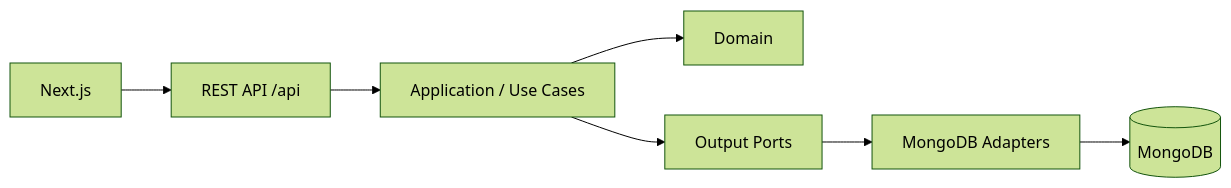
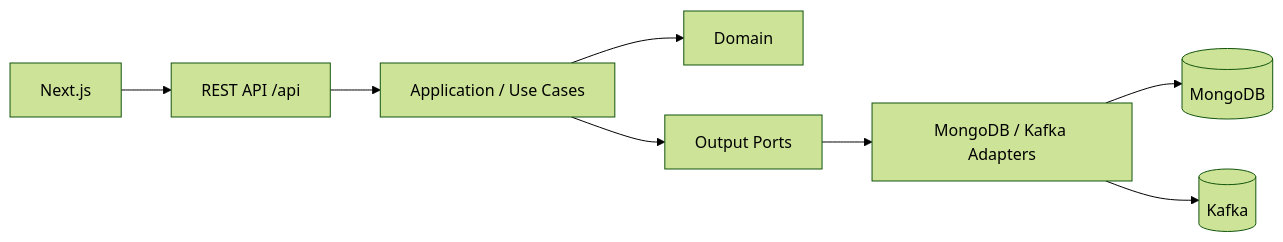
Before and after one commit to AlanChristofer/tech-world: the first of 2 diagrams in README.md, drawn with Mermaid (forest theme). The commit also changed other lines of this file and 55 other files, not shown here.

````diff
--- a/README.md
+++ b/README.md
@@ -9,9 +9,10 @@
 ```mermaid
 flowchart LR
     UI[Next.js] --> API[REST API /api]
     API --> UC[Application / Use Cases]
     UC --> D[Domain]
     UC --> P[Output Ports]
-    P --> A[MongoDB Adapters]
+    P --> A[MongoDB / Kafka Adapters]
     A --> DB[(MongoDB)]
+    A --> K[(Kafka)]
 ```
````
